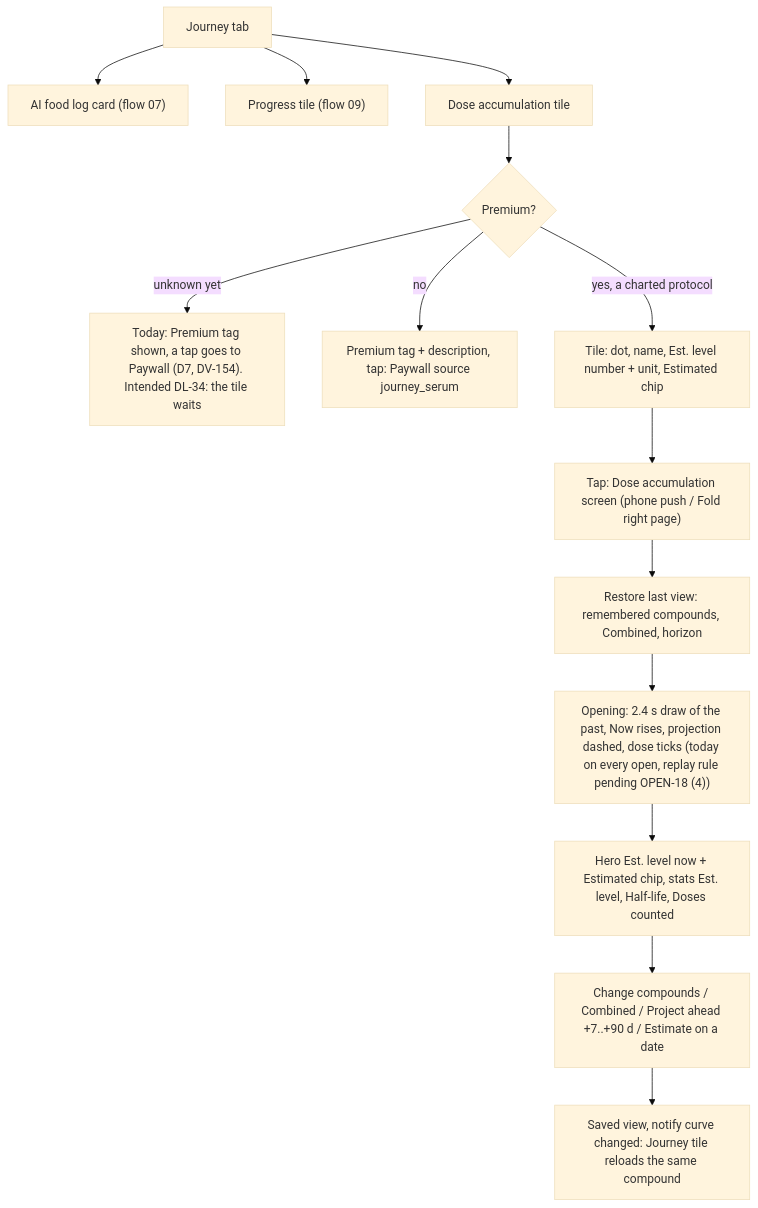
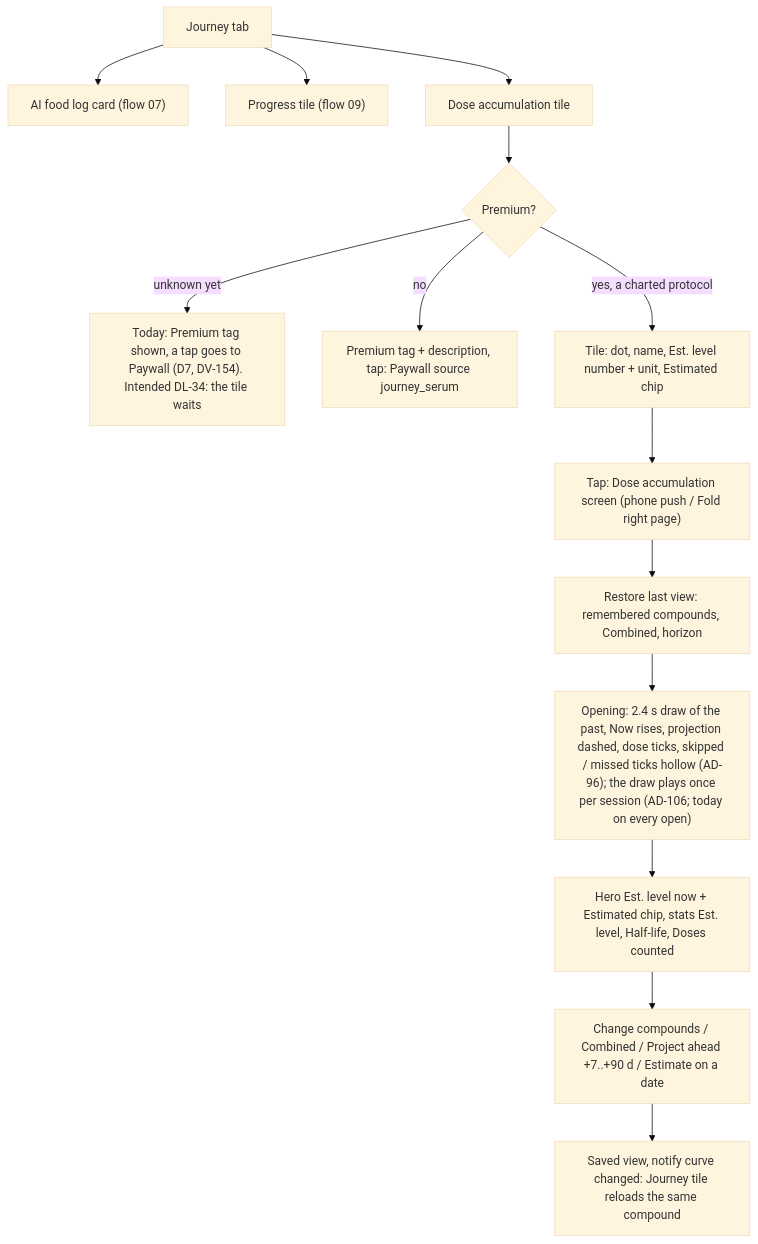
One commit to evandroviskis/dosetrace changed the first of 5 diagrams in docs/product/flows/10-curve-and-journey.md. Above: the diagram before and after it, drawn with Mermaid (base theme). The commit also changed other lines of this file and 22 other files, not shown here.

Commit message:
docs/product: founder answers of 2026-10-15 applied (0 OPEN; AD-77..AD-109; DL-102..108; DV targets 1.3.0 / 1.3.1; sign-out never blocked); 120 diagrams render

````diff
--- a/docs/product/flows/10-curve-and-journey.md
+++ b/docs/product/flows/10-curve-and-journey.md
@@ -48,16 +48,16 @@
 ```mermaid
 flowchart TD
   A["Journey tab"] --> B["AI food log card (flow 07)"]
   A --> C["Progress tile (flow 09)"]
   A --> D["Dose accumulation tile"]
   D --> E{"Premium?"}
   E -->|unknown yet| E2["Today: Premium tag shown, a tap goes to Paywall (D7, DV-154). Intended DL-34: the tile waits"]
   E -->|no| F["Premium tag + description, tap: Paywall source journey_serum"]
   E -->|yes, a charted protocol| G["Tile: dot, name, Est. level number + unit, Estimated chip"]
   G --> H["Tap: Dose accumulation screen (phone push / Fold right page)"]
   H --> I["Restore last view: remembered compounds, Combined, horizon"]
-  I --> J["Opening: 2.4 s draw of the past, Now rises, projection dashed, dose ticks (today on every open, replay rule pending OPEN-18 (4))"]
+  I --> J["Opening: 2.4 s draw of the past, Now rises, projection dashed, dose ticks, skipped / missed ticks hollow (AD-96); the draw plays once per session (AD-106; today on every open)"]
   J --> K["Hero Est. level now + Estimated chip, stats Est. level, Half-life, Doses counted"]
   K --> L["Change compounds / Combined / Project ahead +7..+90 d / Estimate on a date"]
   L --> M["Saved view, notify curve changed: Journey tile reloads the same compound"]
 ```
````
